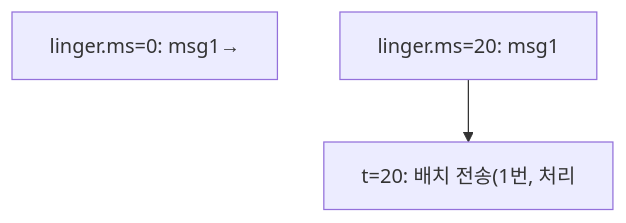
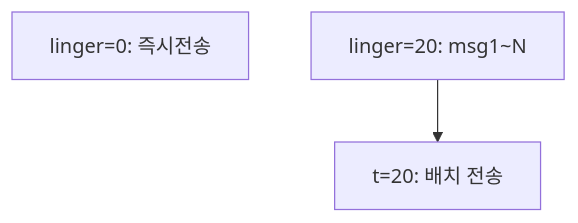
Before and after one commit to yjkim2015/yjkim2015.github.io: the third of 21 diagrams in _posts/kafka/2026-05-01-kafka-internals.md, drawn with Mermaid. The commit also changed other lines of this file and 48 other files, not shown here.

First line of the commit message:
Mermaid 최종 47건 수정: participant/노드/줄수/라벨 전부 기준 이하

````diff
--- a/_posts/kafka/2026-05-01-kafka-internals.md
+++ b/_posts/kafka/2026-05-01-kafka-internals.md
@@ -48,6 +48,6 @@
 ```mermaid
 graph TD
-    A["linger.ms=0: msg1→"]
-    B["linger.ms=20: msg1"]
-    B --> C["t=20: 배치 전송(1번, 처리"]
+    A["linger=0: 즉시전송"]
+    B["linger=20: msg1~N"]
+    B --> C["t=20: 배치 전송"]
 ```
````
